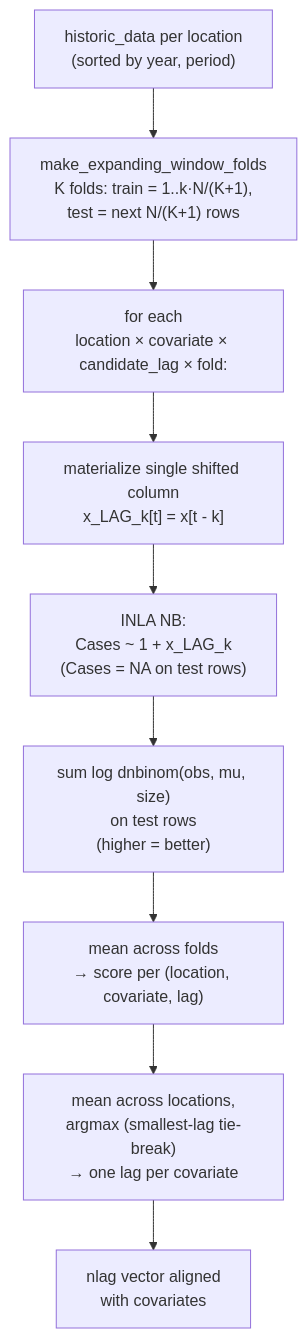
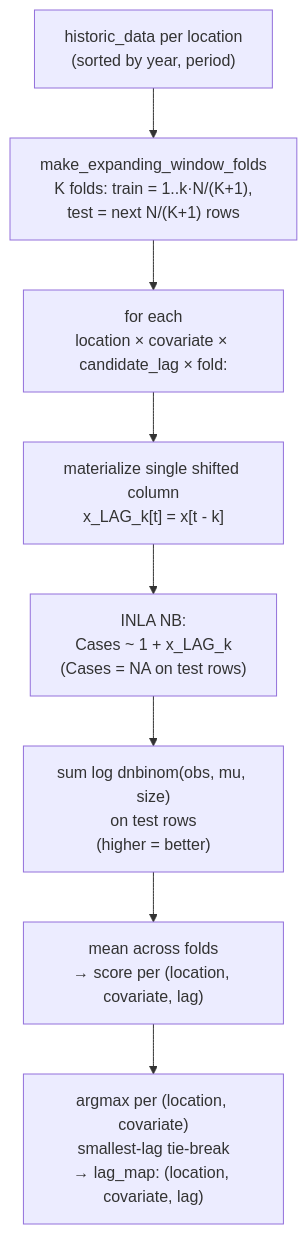
The second of 2 diagrams in model_pipeline.md (chap-models/ewars_plus_template), drawn with Mermaid before and after one commit. The commit also changed other lines of this file and 12 other files, not shown here.

First line of the commit message:
feat: per-(location, covariate) lag selection (flavour B) (#1)

````diff
--- a/model_pipeline.md
+++ b/model_pipeline.md
@@ -36,13 +36,12 @@
 ```mermaid
 flowchart TD
     IN["historic_data per location<br/>(sorted by year, period)"] --> FOLDS["make_expanding_window_folds<br/>K folds: train = 1..k·N/(K+1),<br/>test = next N/(K+1) rows"]
 
     FOLDS --> LOOP["for each<br/>location × covariate × candidate_lag × fold:"]
     LOOP --> SHIFT["materialize single shifted column<br/>x_LAG_k[t] = x[t - k]"]
     SHIFT --> FIT["INLA NB:<br/>Cases ~ 1 + x_LAG_k<br/>(Cases = NA on test rows)"]
     FIT --> SCORE["sum log dnbinom(obs, mu, size)<br/>on test rows<br/>(higher = better)"]
 
     SCORE --> AGG_LOC["mean across folds<br/>→ score per (location, covariate, lag)"]
-    AGG_LOC --> AGG_GLOBAL["mean across locations,<br/>argmax (smallest-lag tie-break)<br/>→ one lag per covariate"]
-    AGG_GLOBAL --> NLAG["nlag vector aligned<br/>with covariates"]
+    AGG_LOC --> PICK["argmax per (location, covariate)<br/>smallest-lag tie-break<br/>→ lag_map: (location, covariate, lag)"]
 ```
````
